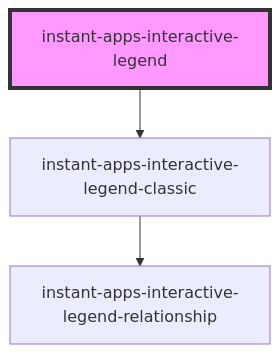
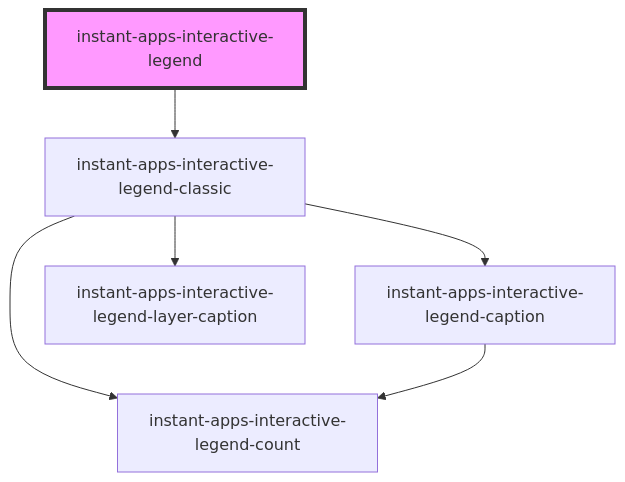
Before and after one commit to Esri/instant-apps-components: the diagram in src/components/instant-apps-interactive-legend/readme.md, drawn with Mermaid. The commit also changed other lines of this file and 11 other files, not shown here.

````diff
--- a/src/components/instant-apps-interactive-legend/readme.md
+++ b/src/components/instant-apps-interactive-legend/readme.md
@@ -23,6 +23,9 @@
 ```mermaid
 graph TD;
   instant-apps-interactive-legend --> instant-apps-interactive-legend-classic
-  instant-apps-interactive-legend-classic --> instant-apps-interactive-legend-relationship
+  instant-apps-interactive-legend-classic --> instant-apps-interactive-legend-caption
+  instant-apps-interactive-legend-classic --> instant-apps-interactive-legend-layer-caption
+  instant-apps-interactive-legend-classic --> instant-apps-interactive-legend-count
+  instant-apps-interactive-legend-caption --> instant-apps-interactive-legend-count
   style instant-apps-interactive-legend fill:#f9f,stroke:#333,stroke-width:4px
 ```
````
